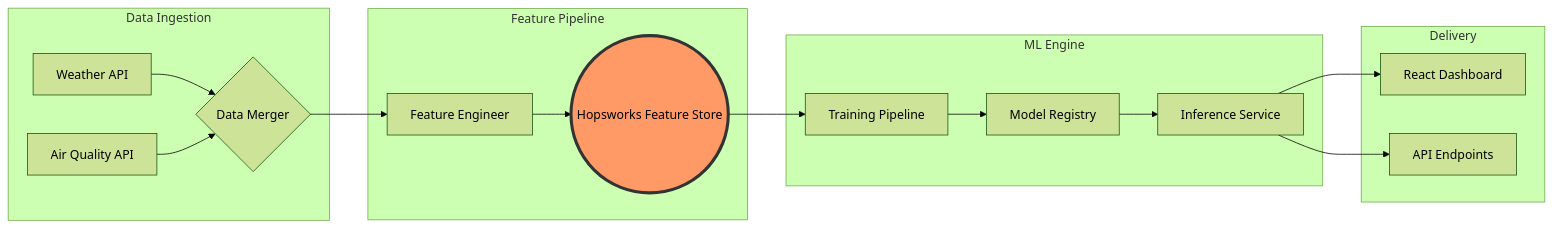
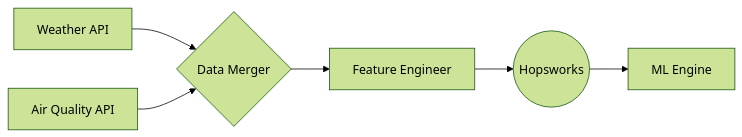
One commit to 21Afnan/AirLyst changed the diagram in README.md. Above: the diagram before and after it, drawn with Mermaid (forest theme). The commit also changed other lines of this file, not shown here.

````diff
--- a/README.md
+++ b/README.md
@@ -34,25 +24,8 @@
 ```mermaid
 graph LR
-    subgraph "Data Ingestion"
     A[Weather API] --> C{Data Merger}
     B[Air Quality API] --> C
-    end
-    
-    subgraph "Feature Pipeline"
     C --> D[Feature Engineer]
-    D --> E((Hopsworks Feature Store))
-    end
-    
-    subgraph "ML Engine"
-    E --> F[Training Pipeline]
-    F --> G[Model Registry]
-    G --> H[Inference Service]
-    end
-    
-    subgraph "Delivery"
-    H --> I[React Dashboard]
-    H --> J[API Endpoints]
-    end
-
-    style E fill:#f96,stroke:#333,stroke-width:4px
+    D --> E((Hopsworks))
+    E --> F[ML Engine]
 ```
````
